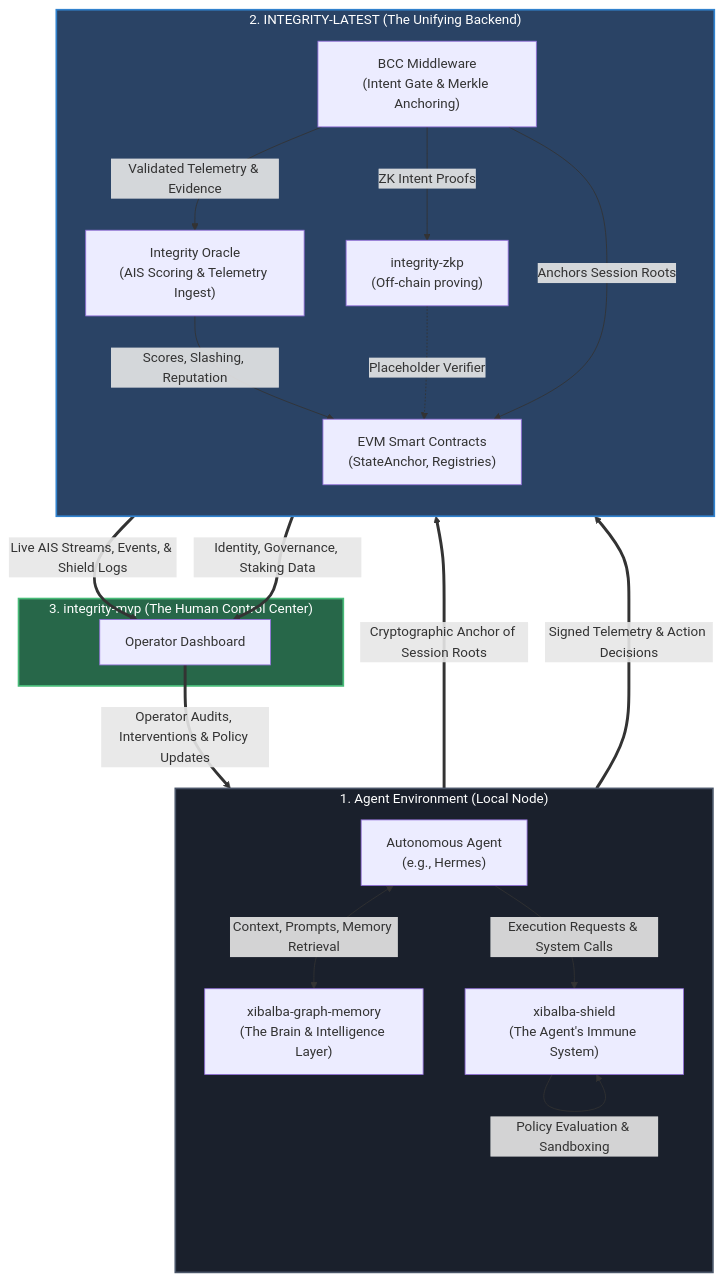
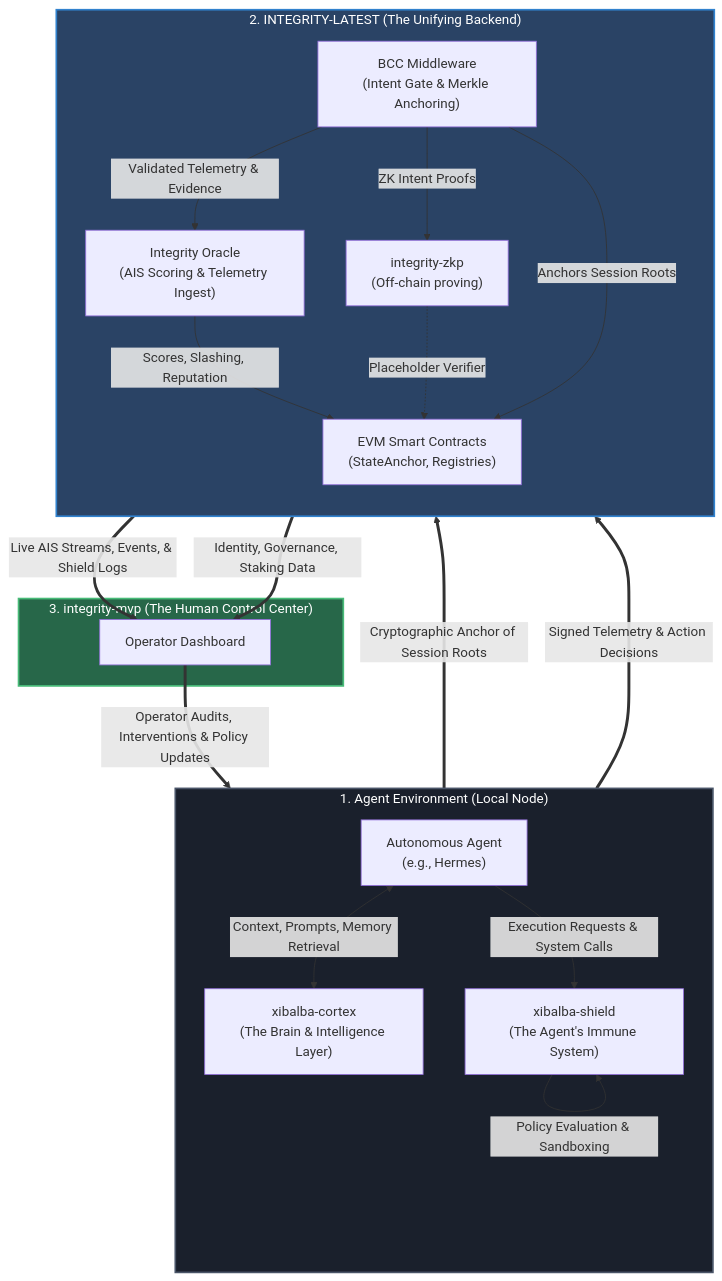
The first of 3 diagrams in README.md (XibalbaTechSol/integrity-core), drawn with Mermaid before and after one commit. The commit also changed other lines of this file and 22 other files, not shown here.

First line of the commit message:
Update cross-repo references for xibalba-graph-memory -> xibalba-cortex rename

````diff
--- a/README.md
+++ b/README.md
@@ -53,47 +53,47 @@
 ```mermaid
 flowchart TD
     subgraph AgentEnvironment["1. Agent Environment (Local Node)"]
         direction TB
         Agent["Autonomous Agent<br/>(e.g., Hermes)"]
-        Memory["xibalba-graph-memory<br/>(The Brain & Intelligence Layer)"]
+        Memory["xibalba-cortex<br/>(The Brain & Intelligence Layer)"]
         Shield["xibalba-shield<br/>(The Agent's Immune System)"]
 
         Agent <-->|Context, Prompts, Memory Retrieval| Memory
         Agent -->|Execution Requests & System Calls| Shield
         Shield -->|Policy Evaluation & Sandboxing| Shield
     end
 
     subgraph ProtocolLayer["2. INTEGRITY-LATEST (The Unifying Backend)"]
         direction TB
         BCC["BCC Middleware<br/>(Intent Gate & Merkle Anchoring)"]
         Oracle["Integrity Oracle<br/>(AIS Scoring & Telemetry Ingest)"]
         Chain["EVM Smart Contracts<br/>(StateAnchor, Registries)"]
         ZK["integrity-zkp<br/>(Off-chain proving)"]
 
         BCC -->|Validated Telemetry & Evidence| Oracle
         Oracle -->|Scores, Slashing, Reputation| Chain
         BCC -->|ZK Intent Proofs| ZK
         ZK -.->|Placeholder Verifier| Chain
         BCC -->|Anchors Session Roots| Chain
     end
 
     subgraph PresentationLayer["3. integrity-mvp (The Human Control Center)"]
         MVP["Operator Dashboard"]
     end
 
     %% The Closed Loop Connections
     Memory ==>|Cryptographic Anchor of Session Roots| BCC
     Shield ==>|Signed Telemetry & Action Decisions| BCC
 
     Oracle ==>|Live AIS Streams, Events, & Shield Logs| MVP
     Chain ==>|Identity, Governance, Staking Data| MVP
     MVP ==>|Operator Audits, Interventions & Policy Updates| Agent
 
     classDef env fill:#1a202c,stroke:#4a5568,stroke-width:2px,color:#fff
     classDef core fill:#2a4365,stroke:#3182ce,stroke-width:2px,color:#fff
     classDef ui fill:#276749,stroke:#48bb78,stroke-width:2px,color:#fff
 
     class AgentEnvironment env
     class ProtocolLayer core
     class PresentationLayer ui
 ```
````
